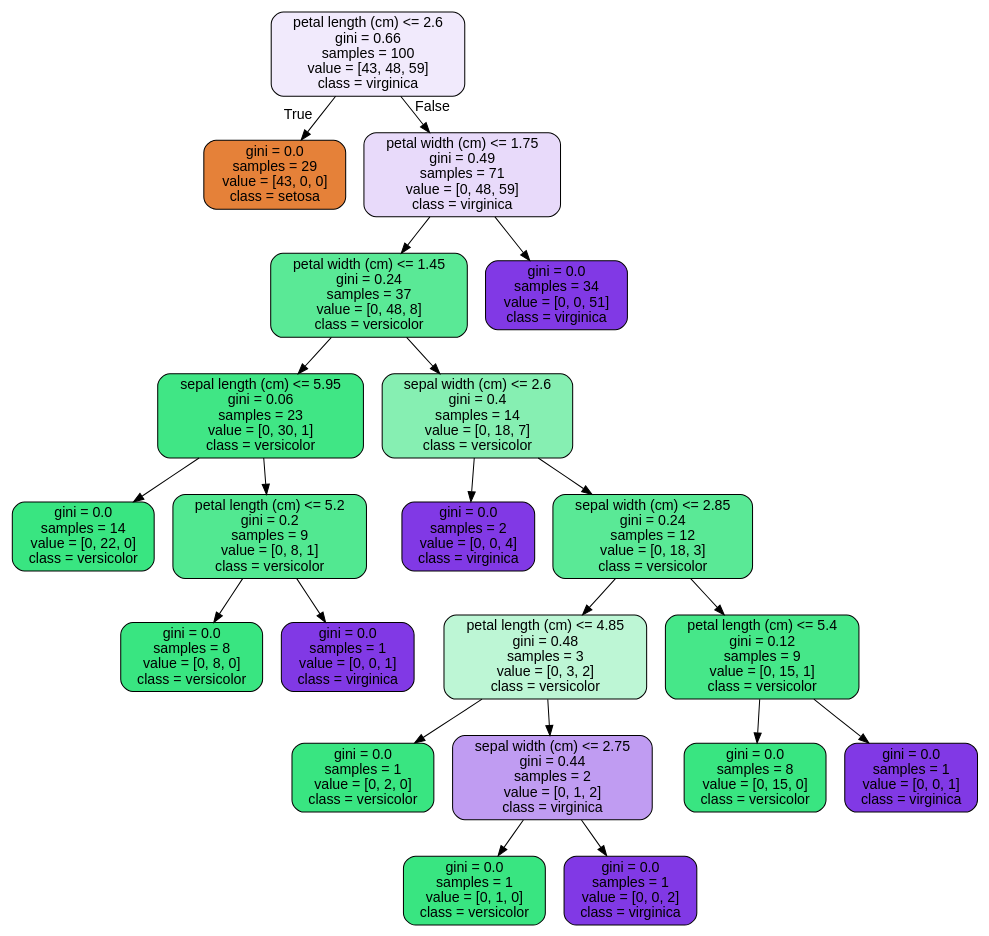
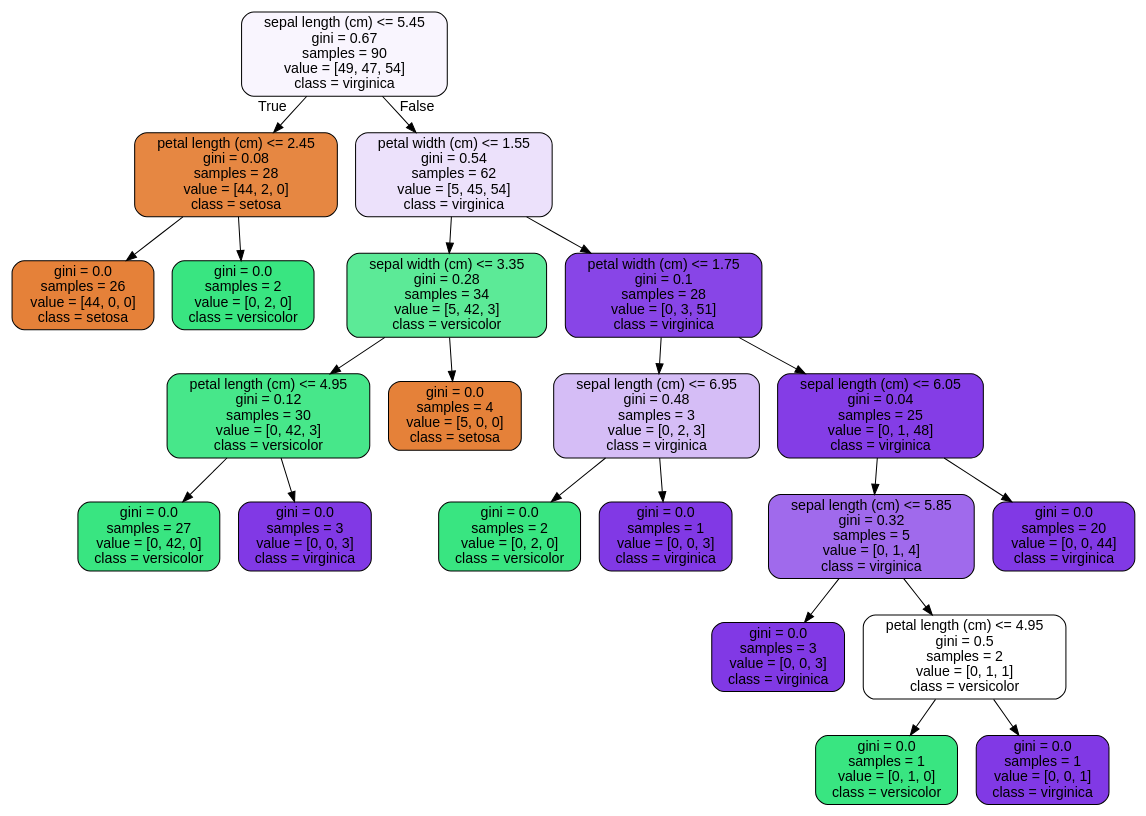
The diagram in u14_supervised_learning/Random Forest Covid Case Study/tree.dot (jonnross88/Springboard), drawn with Graphviz before and after one commit. The commit also changed 2 other files, not shown here.

```diff
--- a/u14_supervised_learning/Random Forest Covid Case Study/tree.dot
+++ b/u14_supervised_learning/Random Forest Covid Case Study/tree.dot
@@ -1,45 +1,45 @@
 digraph Tree {
 node [shape=box, style="filled, rounded", color="black", fontname="helvetica"] ;
 edge [fontname="helvetica"] ;
-0 [label="petal length (cm) <= 2.6\ngini = 0.66\nsamples = 100\nvalue = [43, 48, 59]\nclass = virginica", fillcolor="#f1eafc"] ;
-1 [label="gini = 0.0\nsamples = 29\nvalue = [43, 0, 0]\nclass = setosa", fillcolor="#e58139"] ;
+0 [label="sepal length (cm) <= 5.45\ngini = 0.67\nsamples = 90\nvalue = [49, 47, 54]\nclass = virginica", fillcolor="#f9f5fe"] ;
+1 [label="petal length (cm) <= 2.45\ngini = 0.08\nsamples = 28\nvalue = [44, 2, 0]\nclass = setosa", fillcolor="#e68742"] ;
 0 -> 1 [labeldistance=2.5, labelangle=45, headlabel="True"] ;
-2 [label="petal width (cm) <= 1.75\ngini = 0.49\nsamples = 71\nvalue = [0, 48, 59]\nclass = virginica", fillcolor="#e8dafa"] ;
-0 -> 2 [labeldistance=2.5, labelangle=-45, headlabel="False"] ;
-3 [label="petal width (cm) <= 1.45\ngini = 0.24\nsamples = 37\nvalue = [0, 48, 8]\nclass = versicolor", fillcolor="#5ae996"] ;
-2 -> 3 ;
-4 [label="sepal length (cm) <= 5.95\ngini = 0.06\nsamples = 23\nvalue = [0, 30, 1]\nclass = versicolor", fillcolor="#40e685"] ;
-3 -> 4 ;
-5 [label="gini = 0.0\nsamples = 14\nvalue = [0, 22, 0]\nclass = versicolor", fillcolor="#39e581"] ;
+2 [label="gini = 0.0\nsamples = 26\nvalue = [44, 0, 0]\nclass = setosa", fillcolor="#e58139"] ;
+1 -> 2 ;
+3 [label="gini = 0.0\nsamples = 2\nvalue = [0, 2, 0]\nclass = versicolor", fillcolor="#39e581"] ;
+1 -> 3 ;
+4 [label="petal width (cm) <= 1.55\ngini = 0.54\nsamples = 62\nvalue = [5, 45, 54]\nclass = virginica", fillcolor="#ece1fb"] ;
+0 -> 4 [labeldistance=2.5, labelangle=-45, headlabel="False"] ;
+5 [label="sepal width (cm) <= 3.35\ngini = 0.28\nsamples = 34\nvalue = [5, 42, 3]\nclass = versicolor", fillcolor="#5cea97"] ;
 4 -> 5 ;
-6 [label="petal length (cm) <= 5.2\ngini = 0.2\nsamples = 9\nvalue = [0, 8, 1]\nclass = versicolor", fillcolor="#52e891"] ;
-4 -> 6 ;
-7 [label="gini = 0.0\nsamples = 8\nvalue = [0, 8, 0]\nclass = versicolor", fillcolor="#39e581"] ;
+6 [label="petal length (cm) <= 4.95\ngini = 0.12\nsamples = 30\nvalue = [0, 42, 3]\nclass = versicolor", fillcolor="#47e78a"] ;
+5 -> 6 ;
+7 [label="gini = 0.0\nsamples = 27\nvalue = [0, 42, 0]\nclass = versicolor", fillcolor="#39e581"] ;
 6 -> 7 ;
-8 [label="gini = 0.0\nsamples = 1\nvalue = [0, 0, 1]\nclass = virginica", fillcolor="#8139e5"] ;
+8 [label="gini = 0.0\nsamples = 3\nvalue = [0, 0, 3]\nclass = virginica", fillcolor="#8139e5"] ;
 6 -> 8 ;
-9 [label="sepal width (cm) <= 2.6\ngini = 0.4\nsamples = 14\nvalue = [0, 18, 7]\nclass = versicolor", fillcolor="#86efb2"] ;
-3 -> 9 ;
-10 [label="gini = 0.0\nsamples = 2\nvalue = [0, 0, 4]\nclass = virginica", fillcolor="#8139e5"] ;
-9 -> 10 ;
-11 [label="sepal width (cm) <= 2.85\ngini = 0.24\nsamples = 12\nvalue = [0, 18, 3]\nclass = versicolor", fillcolor="#5ae996"] ;
-9 -> 11 ;
-12 [label="petal length (cm) <= 4.85\ngini = 0.48\nsamples = 3\nvalue = [0, 3, 2]\nclass = versicolor", fillcolor="#bdf6d5"] ;
+9 [label="gini = 0.0\nsamples = 4\nvalue = [5, 0, 0]\nclass = setosa", fillcolor="#e58139"] ;
+5 -> 9 ;
+10 [label="petal width (cm) <= 1.75\ngini = 0.1\nsamples = 28\nvalue = [0, 3, 51]\nclass = virginica", fillcolor="#8845e7"] ;
+4 -> 10 ;
+11 [label="sepal length (cm) <= 6.95\ngini = 0.48\nsamples = 3\nvalue = [0, 2, 3]\nclass = virginica", fillcolor="#d5bdf6"] ;
+10 -> 11 ;
+12 [label="gini = 0.0\nsamples = 2\nvalue = [0, 2, 0]\nclass = versicolor", fillcolor="#39e581"] ;
 11 -> 12 ;
-13 [label="gini = 0.0\nsamples = 1\nvalue = [0, 2, 0]\nclass = versicolor", fillcolor="#39e581"] ;
-12 -> 13 ;
-14 [label="sepal width (cm) <= 2.75\ngini = 0.44\nsamples = 2\nvalue = [0, 1, 2]\nclass = virginica", fillcolor="#c09cf2"] ;
-12 -> 14 ;
-15 [label="gini = 0.0\nsamples = 1\nvalue = [0, 1, 0]\nclass = versicolor", fillcolor="#39e581"] ;
+13 [label="gini = 0.0\nsamples = 1\nvalue = [0, 0, 3]\nclass = virginica", fillcolor="#8139e5"] ;
+11 -> 13 ;
+14 [label="sepal length (cm) <= 6.05\ngini = 0.04\nsamples = 25\nvalue = [0, 1, 48]\nclass = virginica", fillcolor="#843de6"] ;
+10 -> 14 ;
+15 [label="sepal length (cm) <= 5.85\ngini = 0.32\nsamples = 5\nvalue = [0, 1, 4]\nclass = virginica", fillcolor="#a06aec"] ;
 14 -> 15 ;
-16 [label="gini = 0.0\nsamples = 1\nvalue = [0, 0, 2]\nclass = virginica", fillcolor="#8139e5"] ;
-14 -> 16 ;
-17 [label="petal length (cm) <= 5.4\ngini = 0.12\nsamples = 9\nvalue = [0, 15, 1]\nclass = versicolor", fillcolor="#46e789"] ;
-11 -> 17 ;
-18 [label="gini = 0.0\nsamples = 8\nvalue = [0, 15, 0]\nclass = versicolor", fillcolor="#39e581"] ;
+16 [label="gini = 0.0\nsamples = 3\nvalue = [0, 0, 3]\nclass = virginica", fillcolor="#8139e5"] ;
+15 -> 16 ;
+17 [label="petal length (cm) <= 4.95\ngini = 0.5\nsamples = 2\nvalue = [0, 1, 1]\nclass = versicolor", fillcolor="#ffffff"] ;
+15 -> 17 ;
+18 [label="gini = 0.0\nsamples = 1\nvalue = [0, 1, 0]\nclass = versicolor", fillcolor="#39e581"] ;
 17 -> 18 ;
 19 [label="gini = 0.0\nsamples = 1\nvalue = [0, 0, 1]\nclass = virginica", fillcolor="#8139e5"] ;
 17 -> 19 ;
-20 [label="gini = 0.0\nsamples = 34\nvalue = [0, 0, 51]\nclass = virginica", fillcolor="#8139e5"] ;
-2 -> 20 ;
+20 [label="gini = 0.0\nsamples = 20\nvalue = [0, 0, 44]\nclass = virginica", fillcolor="#8139e5"] ;
+14 -> 20 ;
 }
```
